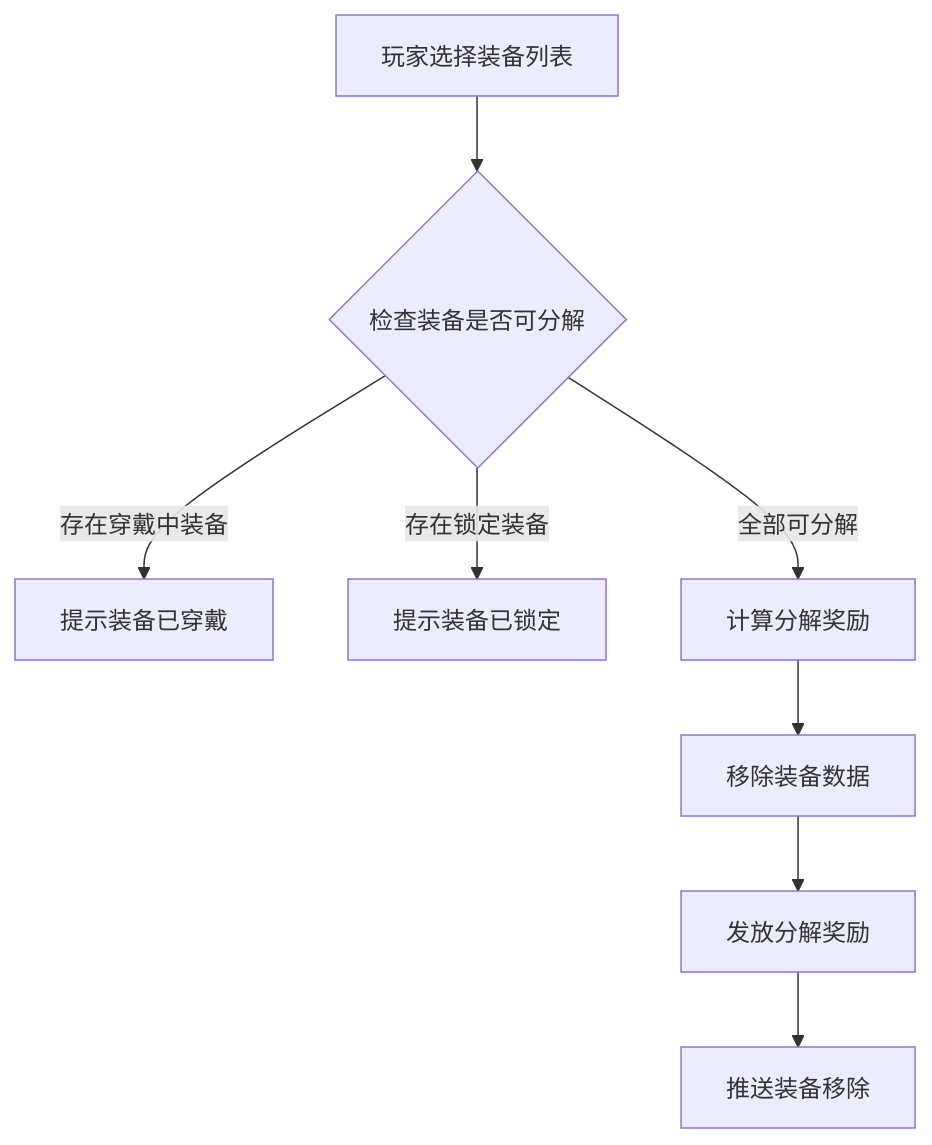
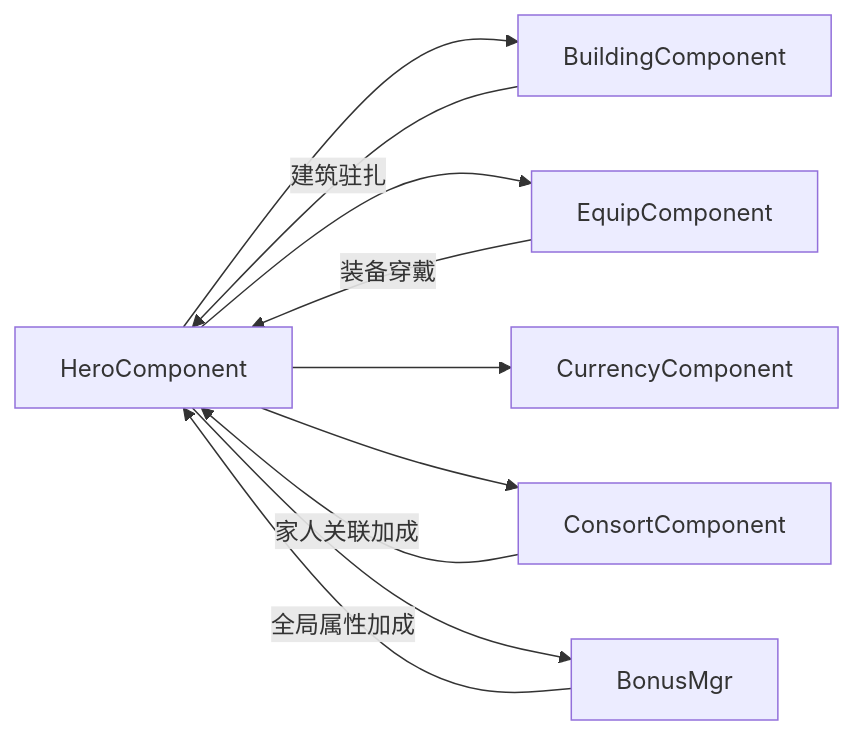
Before and after one commit to Alan-Ben/k2c_game_framework: the seventh of 7 diagrams in docs/Module_Hero/05_完整说明.md, drawn with Mermaid. The commit also changed other lines of this file and 75 other files, not shown here.

Commit message:
docs: 完善模块文档 - Player, Hero, Quest, Bag, Guild, Arena, Building, Activity + 模块关联梳理

````diff
--- a/docs/Module_Hero/05_完整说明.md
+++ b/docs/Module_Hero/05_完整说明.md
@@ -243,10 +331,13 @@
 ```mermaid
-flowchart TD
-    A[玩家选择装备列表] --> B{检查装备是否可分解}
-    B -->|存在穿戴中装备| C[提示装备已穿戴]
-    B -->|存在锁定装备| D[提示装备已锁定]
-    B -->|全部可分解| E[计算分解奖励]
-    E --> F[移除装备数据]
-    F --> G[发放分解奖励]
-    G --> H[推送装备移除]
+graph LR
+    A[HeroComponent] --> B[BuildingComponent]
+    A --> C[EquipComponent]
+    A --> D[CurrencyComponent]
+    A --> E[ConsortComponent]
+    A --> F[BonusMgr]
+
+    B -->|建筑驻扎| A
+    C -->|装备穿戴| A
+    E -->|家人关联加成| A
+    F -->|全局属性加成| A
 ```
````
